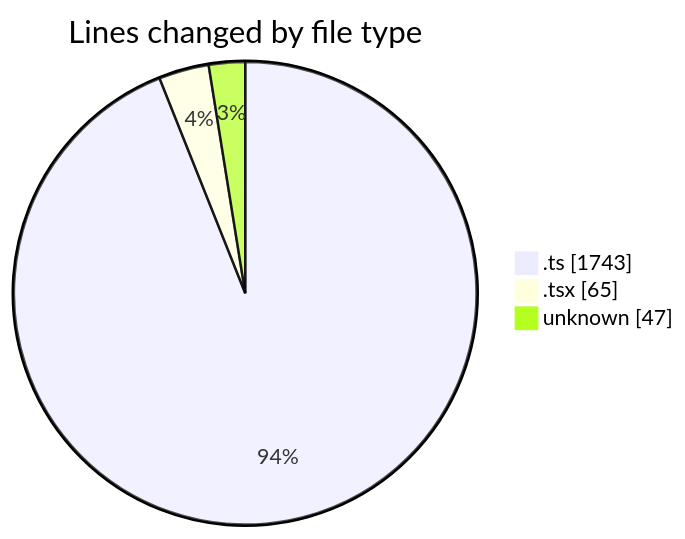
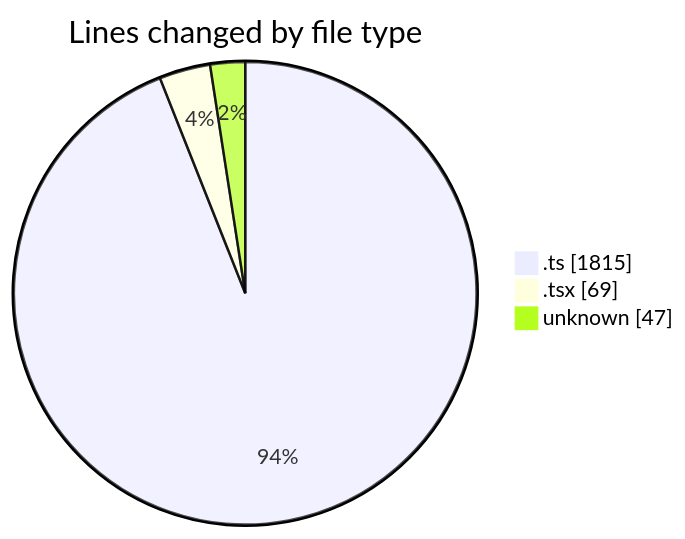
Before and after one commit to momahboobian/code-tracking: the first of 2 diagrams in 2025-09-11/cda/README.md, drawn with Mermaid. The commit also changed other lines of this file and 1 other file, not shown here.

````diff
--- a/2025-09-11/cda/README.md
+++ b/2025-09-11/cda/README.md
@@ -29,7 +29,7 @@
 ```mermaid
 pie showData
 title Lines changed by file type
-".ts" : 1743
-".tsx" : 65
+".ts" : 1815
+".tsx" : 69
 "unknown" : 47
 ```
````
